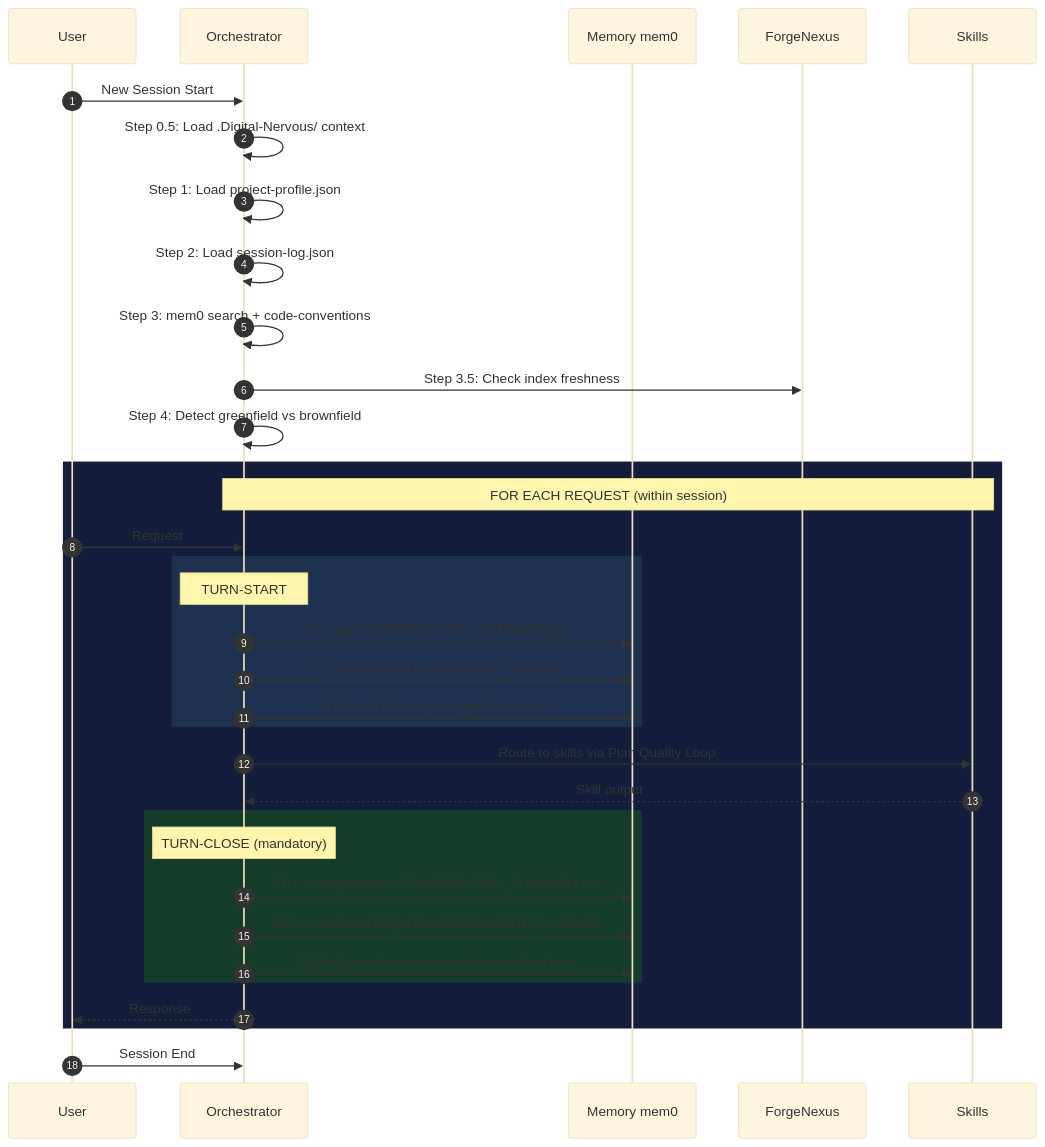
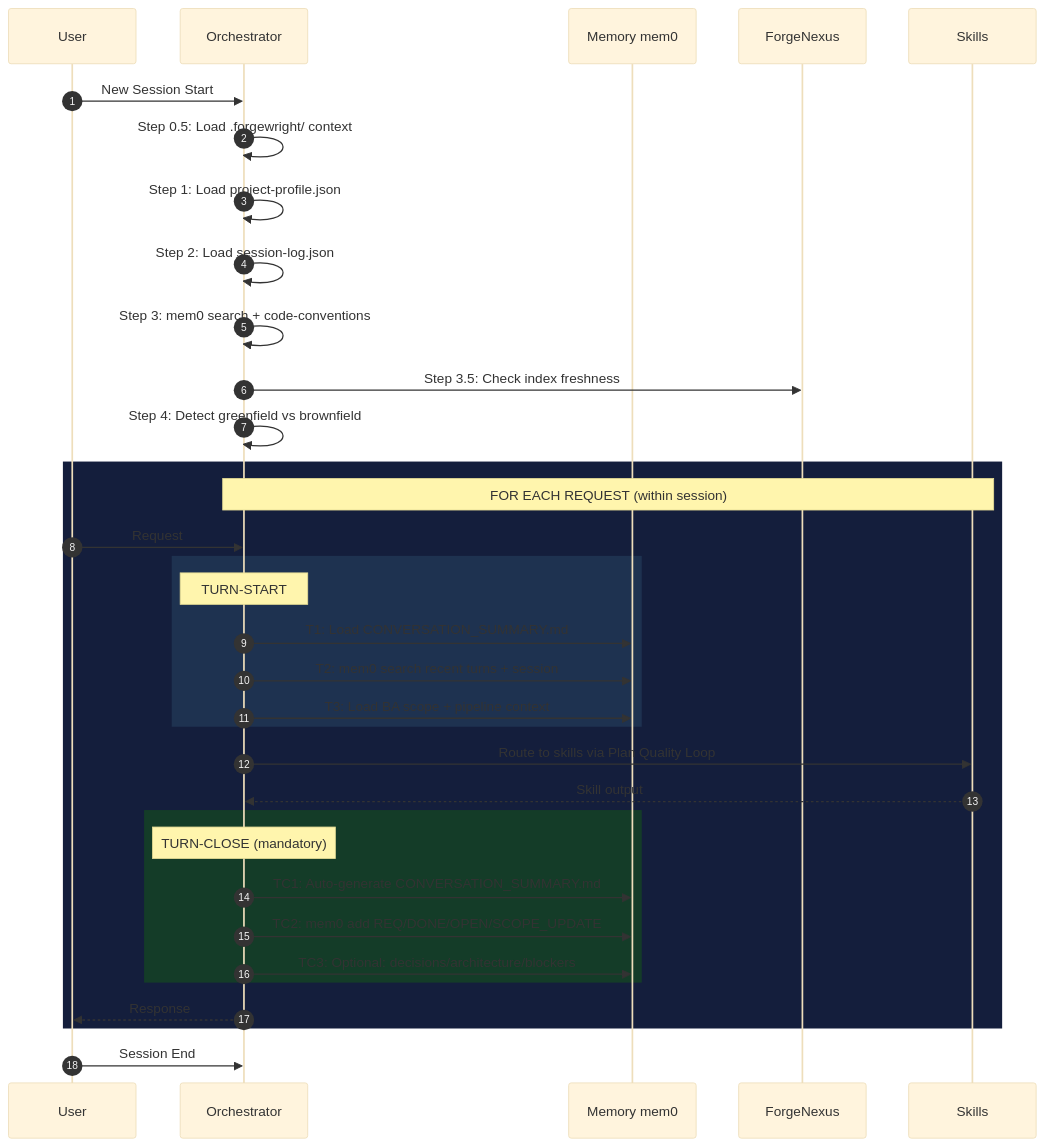
The sixth of 15 diagrams in README.md (Exia-thd/Digital-Nervous), drawn with Mermaid (base theme) before and after one commit. The commit also changed other lines of this file and 360 other files, not shown here.

````diff
--- a/README.md
+++ b/README.md
@@ -336,45 +291,45 @@
 ```mermaid
 sequenceDiagram
     autonumber
     participant User
     participant Orch as Orchestrator
     participant Mem as Memory mem0
     participant Forge as ForgeNexus
     participant Skill as Skills
 
     User->>Orch: New Session Start
 
-    Orch->>Orch: Step 0.5: Load .Digital-Nervous/ context
+    Orch->>Orch: Step 0.5: Load .forgewright/ context
     Orch->>Orch: Step 1: Load project-profile.json
     Orch->>Orch: Step 2: Load session-log.json
     Orch->>Orch: Step 3: mem0 search + code-conventions
     Orch->>Forge: Step 3.5: Check index freshness
     Orch->>Orch: Step 4: Detect greenfield vs brownfield
 
     rect rgb(20, 30, 60)
         Note over Orch,Skill: FOR EACH REQUEST (within session)
 
         User->>Orch: Request
 
         rect rgb(30, 50, 80)
             Note over Orch: TURN-START
             Orch->>Mem: T1: Load CONVERSATION_SUMMARY.md
             Orch->>Mem: T2: mem0 search recent turns + session
             Orch->>Mem: T3: Load BA scope + pipeline context
         end
 
         Orch->>Skill: Route to skills via Plan Quality Loop
         Skill-->>Orch: Skill output
 
         rect rgb(20, 60, 40)
             Note over Orch: TURN-CLOSE (mandatory)
             Orch->>Mem: TC1: Auto-generate CONVERSATION_SUMMARY.md
             Orch->>Mem: TC2: mem0 add REQ/DONE/OPEN/SCOPE_UPDATE
             Orch->>Mem: TC3: Optional: decisions/architecture/blockers
         end
 
         Orch-->>User: Response
     end
 
     User->>Orch: Session End
 ```
````
